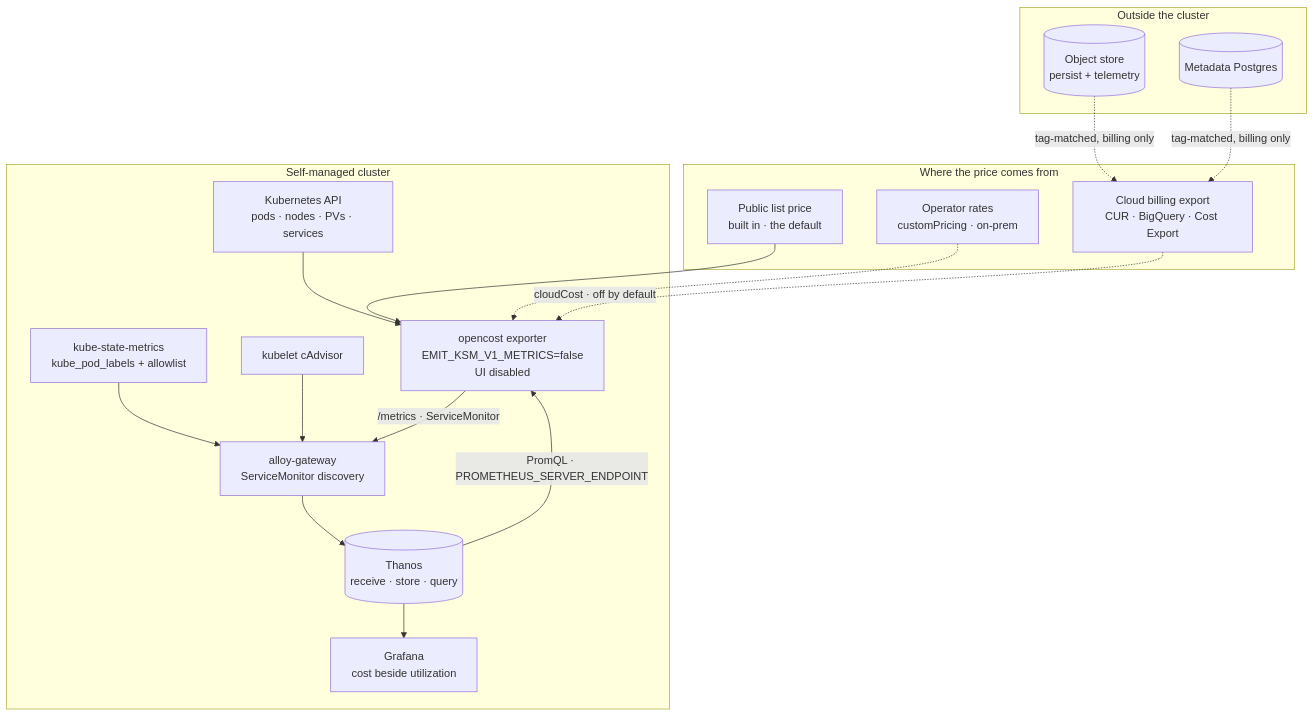
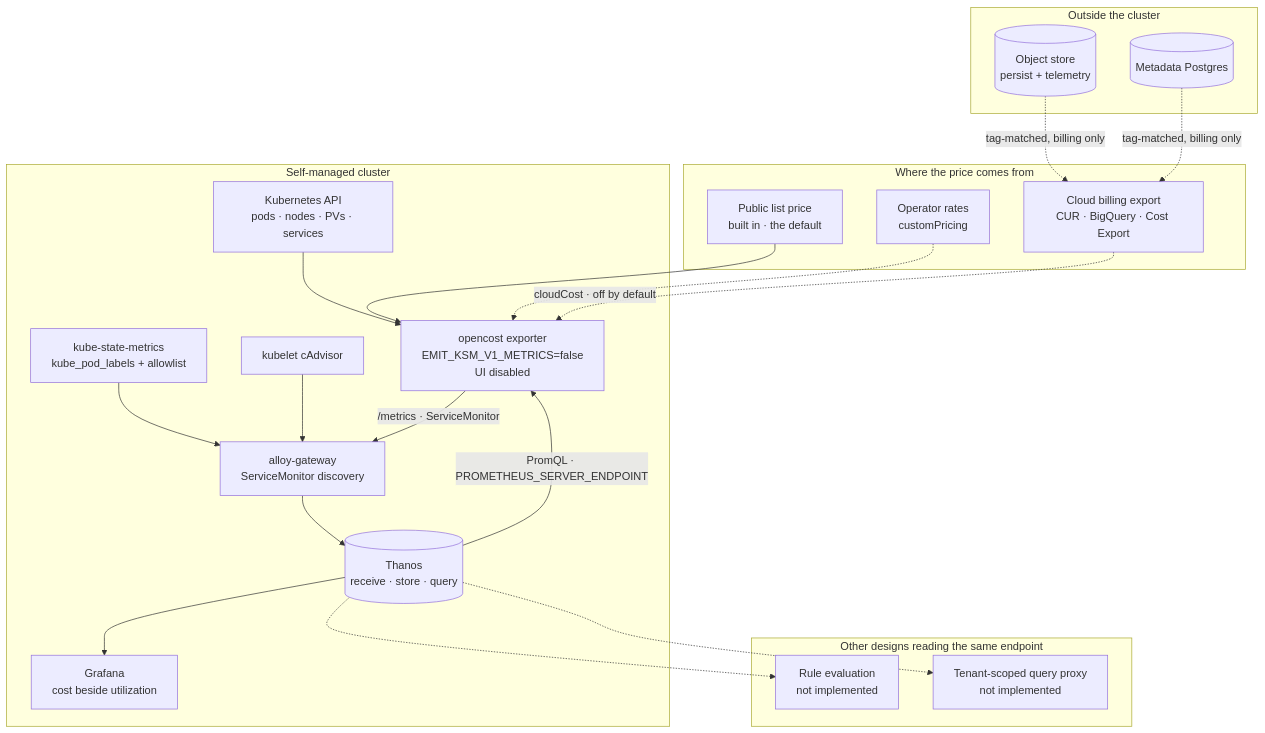
Before and after one commit to MaterializeInc/materialize-monitoring: the diagram in docs/content/reference/internal/design-docs/20260919-cost-visibility-opencost.md, drawn with Mermaid. The commit also changed other lines of this file and 1 other file, not shown here.

````diff
--- a/docs/content/reference/internal/design-docs/20260919-cost-visibility-opencost.md
+++ b/docs/content/reference/internal/design-docs/20260919-cost-visibility-opencost.md
@@ -129,38 +141,46 @@
 ```mermaid
 flowchart TB
   subgraph cust["Self-managed cluster"]
     api["Kubernetes API<br/>pods · nodes · PVs · services"]
     ksm["kube-state-metrics<br/>kube_pod_labels + allowlist"]
     cad["kubelet cAdvisor"]
     oc["opencost exporter<br/>EMIT_KSM_V1_METRICS=false<br/>UI disabled"]
     gw["alloy-gateway<br/>ServiceMonitor discovery"]
     thanos[("Thanos<br/>receive · store · query")]
     graf["Grafana<br/>cost beside utilization"]
 
     api --> oc
     ksm --> gw
     cad --> gw
     oc -->|"/metrics · ServiceMonitor"| gw
     gw --> thanos
     thanos -->|"PromQL · PROMETHEUS_SERVER_ENDPOINT"| oc
     thanos --> graf
   end
 
+  subgraph readers["Other designs reading the same endpoint"]
+    rules["Rule evaluation<br/>not implemented"]
+    proxy["Tenant-scoped query proxy<br/>not implemented"]
+  end
+
+  thanos -.-> rules
+  thanos -.-> proxy
+
   subgraph price["Where the price comes from"]
     list["Public list price<br/>built in · the default"]
-    custom["Operator rates<br/>customPricing · on-prem"]
+    custom["Operator rates<br/>customPricing"]
     bill["Cloud billing export<br/>CUR · BigQuery · Cost Export"]
   end
 
   list --> oc
   custom -.-> oc
   bill -.->|"cloudCost · off by default"| oc
 
   subgraph out["Outside the cluster"]
     obj[("Object store<br/>persist + telemetry")]
     pg[("Metadata Postgres")]
   end
 
   obj -.->|"tag-matched, billing only"| bill
   pg -.->|"tag-matched, billing only"| bill
 ```
````
